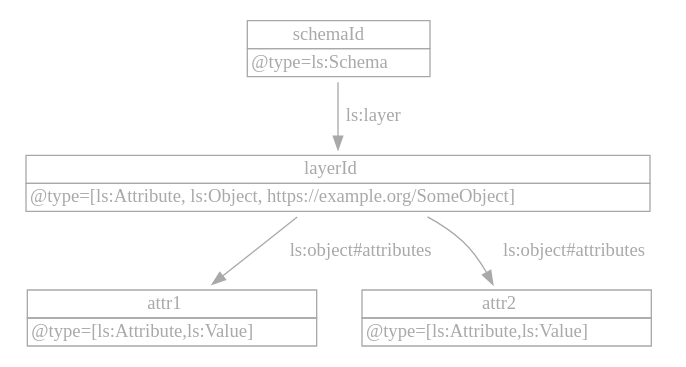
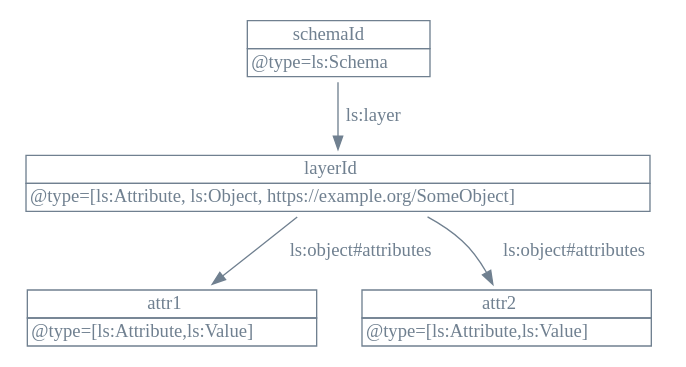
The diagram in imgs/minimal-layered-schema.dot (cloudprivacylabs/lsa-spec), drawn with Graphviz before and after one commit. The commit also changed 1 other file, not shown here.

```diff
--- a/imgs/minimal-layered-schema.dot
+++ b/imgs/minimal-layered-schema.dot
@@ -1,33 +1,33 @@
 digraph g {
 
 
-  node[color="darkgray",fontcolor="darkgray",shape="plaintext"];
-  edge[color="darkgray",fontcolor="darkgray"];
+  node[color="slategray",fontcolor="slategray",shape="plaintext"];
+  edge[color="slategray",fontcolor="slategray"];
 
   schemaRoot [ label=<
   <table border="0" cellborder="1" cellspacing="0">
   <tr><td>schemaId</td></tr>
   <tr><td>@type=ls:Schema</td></tr>
   </table>>];
   
   layerRoot [ label=<
   <table border="0" cellborder="1" cellspacing="0">
   <tr><td>layerId</td></tr>
   <tr><td>@type=[ls:Attribute, ls:Object, https://example.org/SomeObject]</td></tr>
   </table>>];
 
   attribute1 [ label=<
   <table border="0" cellborder="1" cellspacing="0">
   <tr><td>attr1</td></tr>
   <tr><td>@type=[ls:Attribute,ls:Value]</td></tr>
   </table>>];
   attribute2 [ label=<
   <table border="0" cellborder="1" cellspacing="0">
   <tr><td>attr2</td></tr>
   <tr><td>@type=[ls:Attribute,ls:Value]</td></tr>
   </table>>];
 
   schemaRoot -> layerRoot [ label="ls:layer"];
   layerRoot -> attribute1 [  label="ls:object#attributes"];
   layerRoot -> attribute2 [  label="ls:object#attributes"];
 }
```
